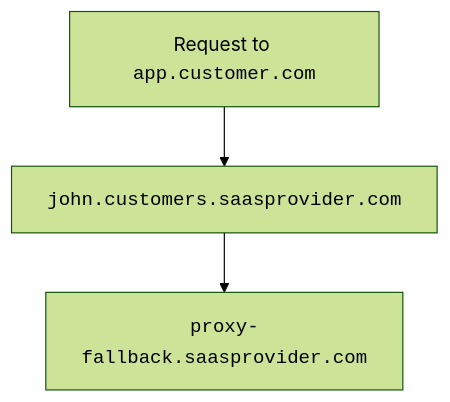
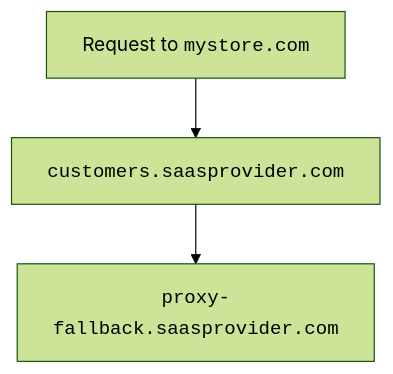
Before and after one commit to cloudflare/cloudflare-docs: the diagram in content/cloudflare-for-platforms/cloudflare-for-saas/start/getting-started.md, drawn with Mermaid (forest theme). The commit also changed other lines of this file and 16 other files, not shown here.

````diff
--- a/content/cloudflare-for-platforms/cloudflare-for-saas/start/getting-started.md
+++ b/content/cloudflare-for-platforms/cloudflare-for-saas/start/getting-started.md
@@ -161,6 +160,6 @@
 ```mermaid
 flowchart TD
 accTitle: How traffic routing works with a CNAME target
-A[Request to <code>app.customer.com</code>] --> B[<code>john.customers.saasprovider.com</code>]
+A[Request to <code>mystore.com</code>] --> B[<code>customers.saasprovider.com</code>]
 B --> C[<code>proxy-fallback.saasprovider.com</code>]
 ```
````
